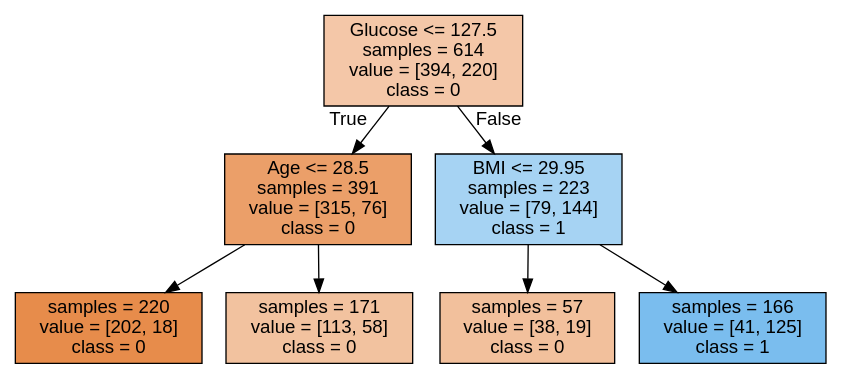
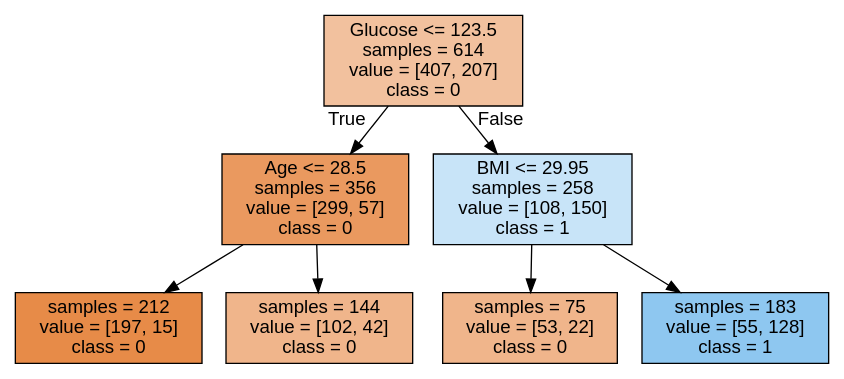
Before and after one commit to Timo4D/MachineLearning-SoSe2024: the diagram in tree.dot, drawn with Graphviz. The commit also changed 2 other files, not shown here.

```diff
--- a/tree.dot
+++ b/tree.dot
@@ -1,17 +1,17 @@
 digraph Tree {
 node [shape=box, style="filled", color="black", fontname="helvetica"] ;
 edge [fontname="helvetica"] ;
-0 [label="Glucose <= 127.5\nsamples = 614\nvalue = [394, 220]\nclass = 0", fillcolor="#f4c7a8"] ;
-1 [label="Age <= 28.5\nsamples = 391\nvalue = [315, 76]\nclass = 0", fillcolor="#eb9f69"] ;
+0 [label="Glucose <= 123.5\nsamples = 614\nvalue = [407, 207]\nclass = 0", fillcolor="#f2c19e"] ;
+1 [label="Age <= 28.5\nsamples = 356\nvalue = [299, 57]\nclass = 0", fillcolor="#ea995f"] ;
 0 -> 1 [labeldistance=2.5, labelangle=45, headlabel="True"] ;
-2 [label="samples = 220\nvalue = [202, 18]\nclass = 0", fillcolor="#e78c4b"] ;
+2 [label="samples = 212\nvalue = [197, 15]\nclass = 0", fillcolor="#e78b48"] ;
 1 -> 2 ;
-3 [label="samples = 171\nvalue = [113, 58]\nclass = 0", fillcolor="#f2c29f"] ;
+3 [label="samples = 144\nvalue = [102, 42]\nclass = 0", fillcolor="#f0b58b"] ;
 1 -> 3 ;
-4 [label="BMI <= 29.95\nsamples = 223\nvalue = [79, 144]\nclass = 1", fillcolor="#a6d3f3"] ;
+4 [label="BMI <= 29.95\nsamples = 258\nvalue = [108, 150]\nclass = 1", fillcolor="#c8e4f8"] ;
 0 -> 4 [labeldistance=2.5, labelangle=-45, headlabel="False"] ;
-5 [label="samples = 57\nvalue = [38, 19]\nclass = 0", fillcolor="#f2c09c"] ;
+5 [label="samples = 75\nvalue = [53, 22]\nclass = 0", fillcolor="#f0b58b"] ;
 4 -> 5 ;
-6 [label="samples = 166\nvalue = [41, 125]\nclass = 1", fillcolor="#7abdee"] ;
+6 [label="samples = 183\nvalue = [55, 128]\nclass = 1", fillcolor="#8ec7f0"] ;
 4 -> 6 ;
 }
```
